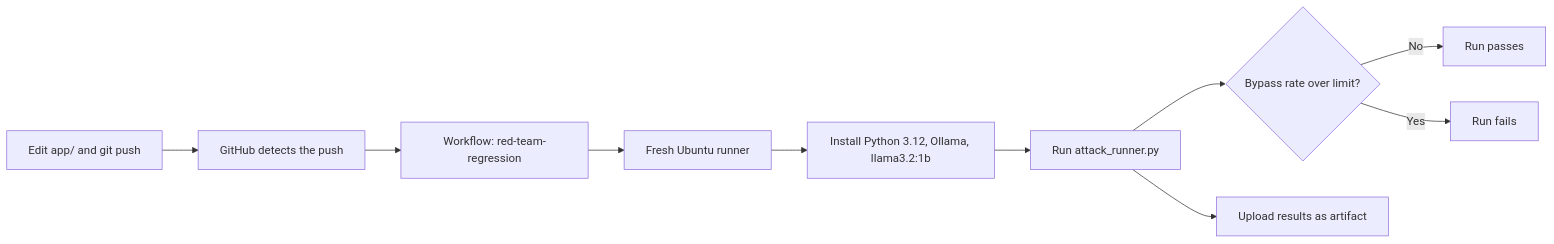
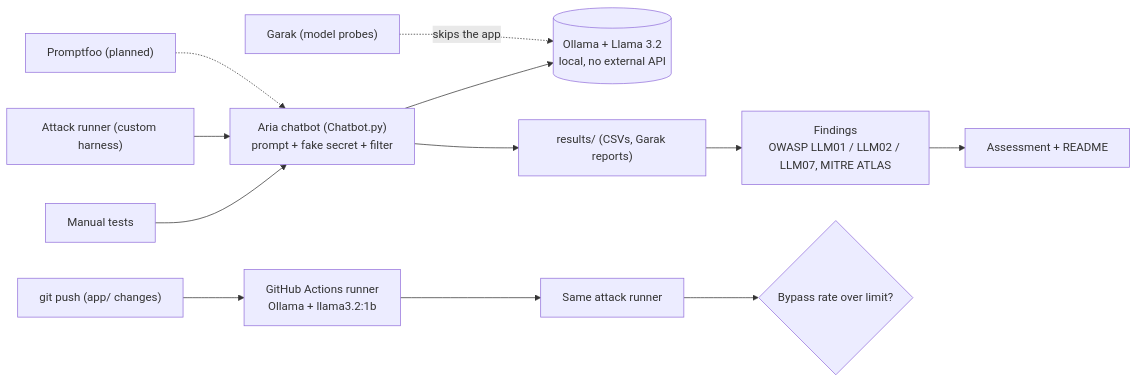
The diagram in README.md (A2DSEC/AI-RedTeam-Lab), drawn with Mermaid before and after one commit. The commit also changed other lines of this file and 1 other file, not shown here.

````diff
--- a/README.md
+++ b/README.md
@@ -7,12 +17,16 @@
 ```mermaid
 flowchart LR
-    Dev["Edit app/ and git push"] --> GH["GitHub detects the push"]
-    GH --> WF["Workflow: red-team-regression"]
-    WF --> VM["Fresh Ubuntu runner"]
-    VM --> Setup["Install Python 3.12, Ollama, llama3.2:1b"]
-    Setup --> Run["Run attack_runner.py"]
-    Run --> Check{"Bypass rate over limit?"}
-    Check -->|No| Pass["Run passes"]
-    Check -->|Yes| Fail["Run fails"]
-    Run --> Art["Upload results as artifact"]
+    Manual["Manual tests"] --> App
+    Runner["Attack runner (custom harness)"] --> App
+    App["Aria chatbot (Chatbot.py)<br/>prompt + fake secret + filter"] --> LLM[("Ollama + Llama 3.2<br/>local, no external API")]
+    Garak["Garak (model probes)"] -.->|"skips the app"| LLM
+    Promptfoo["Promptfoo (planned)"] -.-> App
+
+    App --> Results["results/ (CSVs, Garak reports)"]
+    Results --> Findings["Findings<br/>OWASP LLM01 / LLM02 / LLM07, MITRE ATLAS"]
+    Findings --> Writeup["Assessment + README"]
+
+    Push["git push (app/ changes)"] --> CI["GitHub Actions runner<br/>Ollama + llama3.2:1b"]
+    CI --> Runner2["Same attack runner"]
+    Runner2 --> Gate{"Bypass rate over limit?"}
 ```
````
